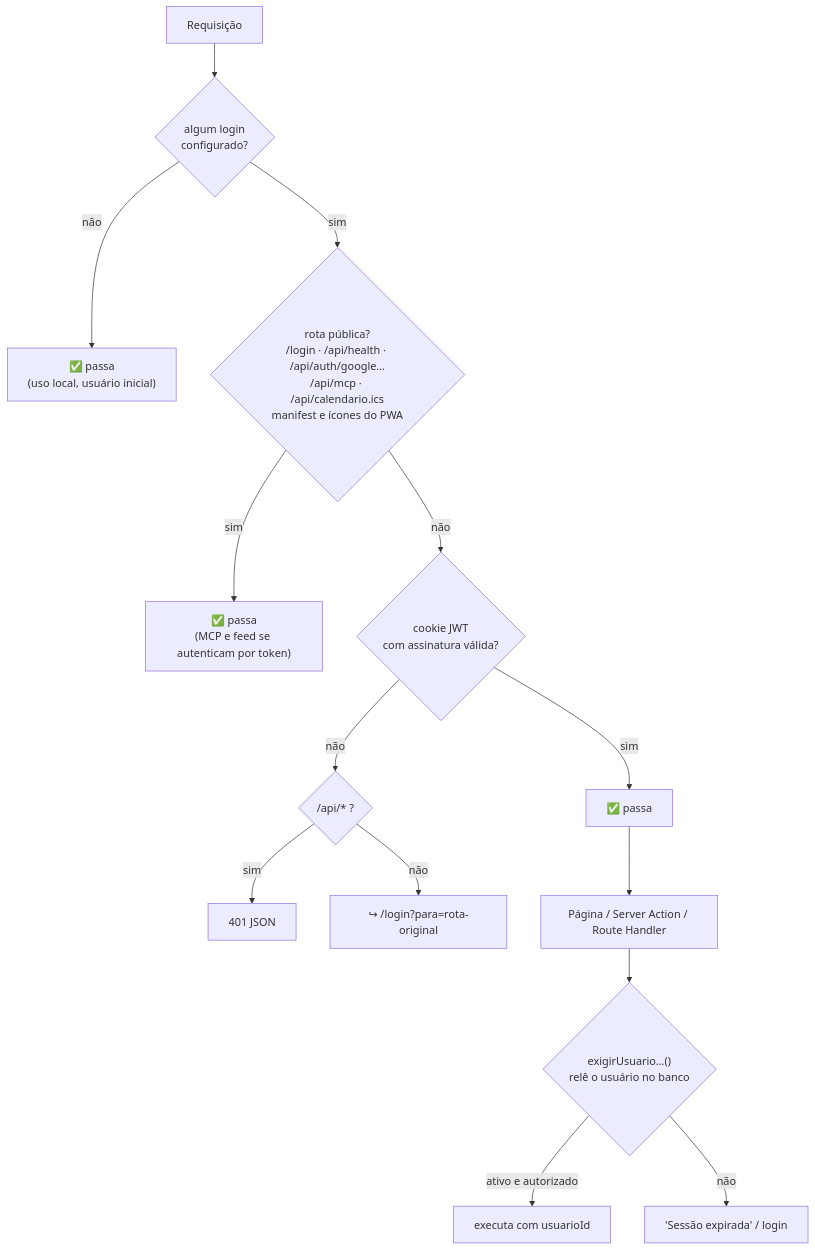
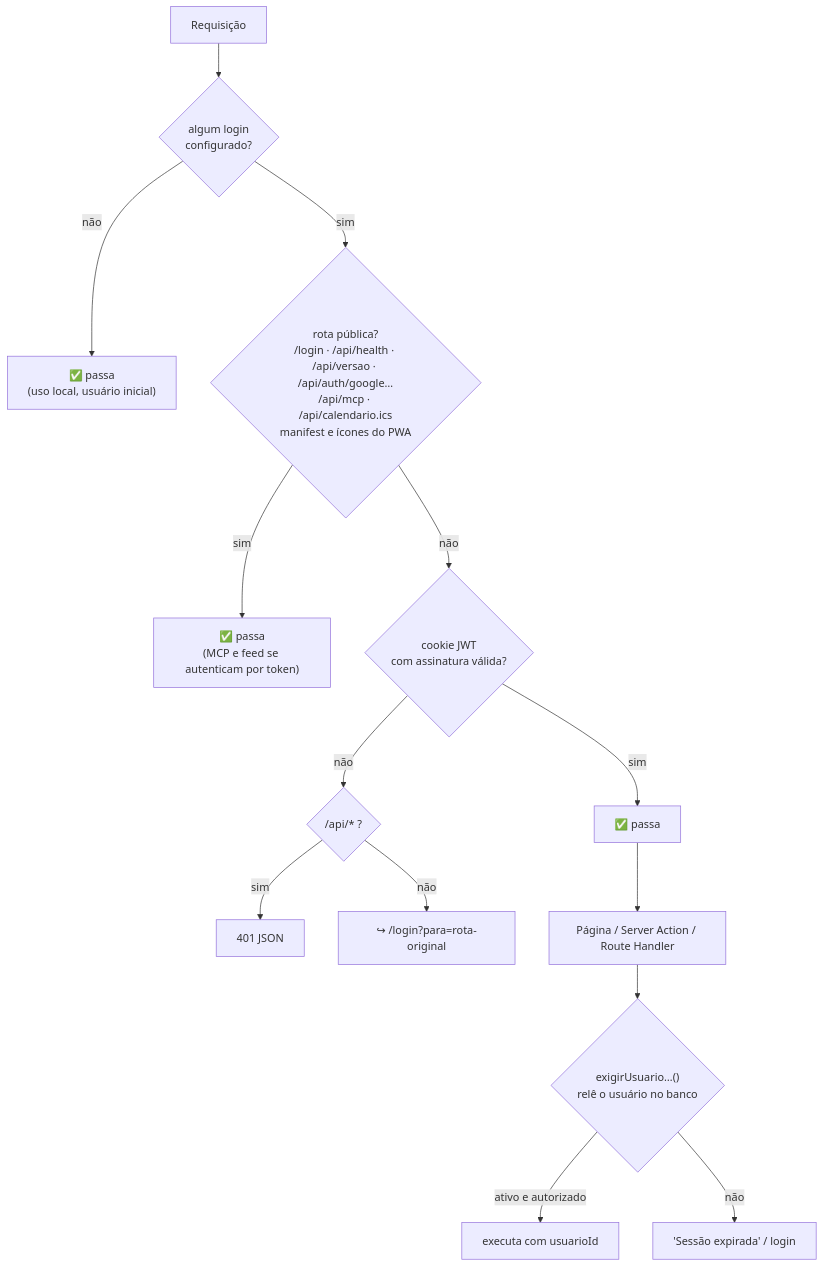
Diagram 14 of 24 in docs/GUIA-ARQUITETURA.md (rkenjiak/concurso), drawn with Mermaid before and after one commit. The commit also changed 3 other files, not shown here.

Commit message:
docs: versão do app, variáveis do build e GET /api/versao (#118)

````diff
--- a/docs/GUIA-ARQUITETURA.md
+++ b/docs/GUIA-ARQUITETURA.md
@@ -525,17 +525,17 @@
 ```mermaid
 flowchart TD
   REQ["Requisição"] --> H{"algum login<br/>configurado?"}
   H -->|não| LIVRE["✅ passa<br/>(uso local, usuário inicial)"]
-  H -->|sim| PUB{"rota pública?<br/>/login · /api/health · /api/auth/google…<br/>/api/mcp · /api/calendario.ics<br/>manifest e ícones do PWA"}
+  H -->|sim| PUB{"rota pública?<br/>/login · /api/health · /api/versao · /api/auth/google…<br/>/api/mcp · /api/calendario.ics<br/>manifest e ícones do PWA"}
   PUB -->|sim| LIVRE2["✅ passa<br/>(MCP e feed se autenticam por token)"]
   PUB -->|não| COOK{"cookie JWT<br/>com assinatura válida?"}
   COOK -->|sim| OK["✅ passa"]
   COOK -->|não| API{"/api/* ?"}
   API -->|sim| E401["401 JSON"]
   API -->|não| RED["↪ /login?para=rota-original"]
 
   OK --> SA["Página / Server Action / Route Handler"]
   SA --> VA{"exigirUsuario…()<br/>relê o usuário no banco"}
   VA -->|ativo e autorizado| GO["executa com usuarioId"]
   VA -->|não| ERR["'Sessão expirada' / login"]
 ```
````
